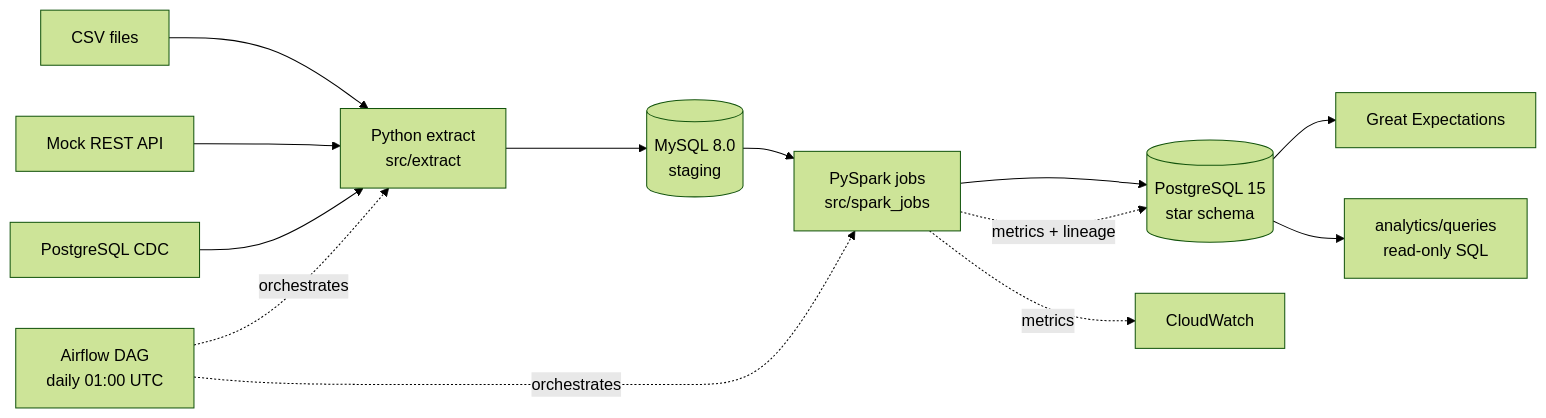
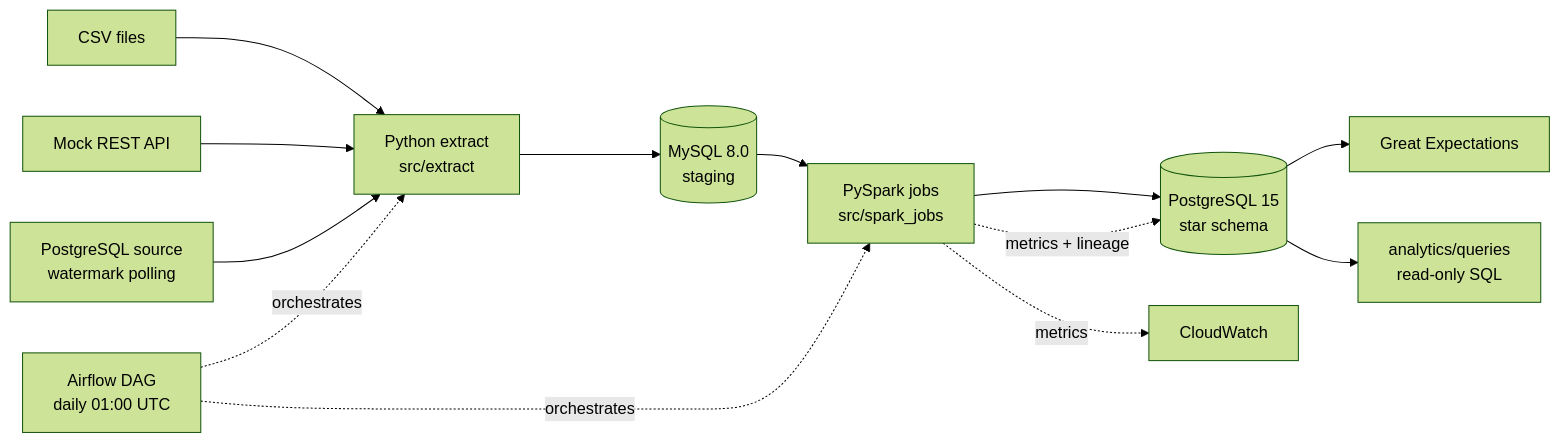
The first of 2 diagrams in README.md (navya1009/ecommerce-data-platform), drawn with Mermaid (forest theme) before and after one commit. The commit also changed other lines of this file, not shown here.

````diff
--- a/README.md
+++ b/README.md
@@ -9,15 +9,15 @@
 ```mermaid
 flowchart LR
     CSV[CSV files] --> EXT
     API[Mock REST API] --> EXT
-    CDC[PostgreSQL CDC] --> EXT
+    CDC[PostgreSQL source<br/>watermark polling] --> EXT
     EXT[Python extract<br/>src/extract] --> STG[(MySQL 8.0<br/>staging)]
     STG --> SPK[PySpark jobs<br/>src/spark_jobs]
     SPK --> WH[(PostgreSQL 15<br/>star schema)]
     WH --> GE[Great Expectations]
     WH --> ANA[analytics/queries<br/>read-only SQL]
     AF[Airflow DAG<br/>daily 01:00 UTC] -. orchestrates .-> EXT
     AF -. orchestrates .-> SPK
     SPK -. metrics + lineage .-> WH
     SPK -. metrics .-> CW[CloudWatch]
 ```
````
